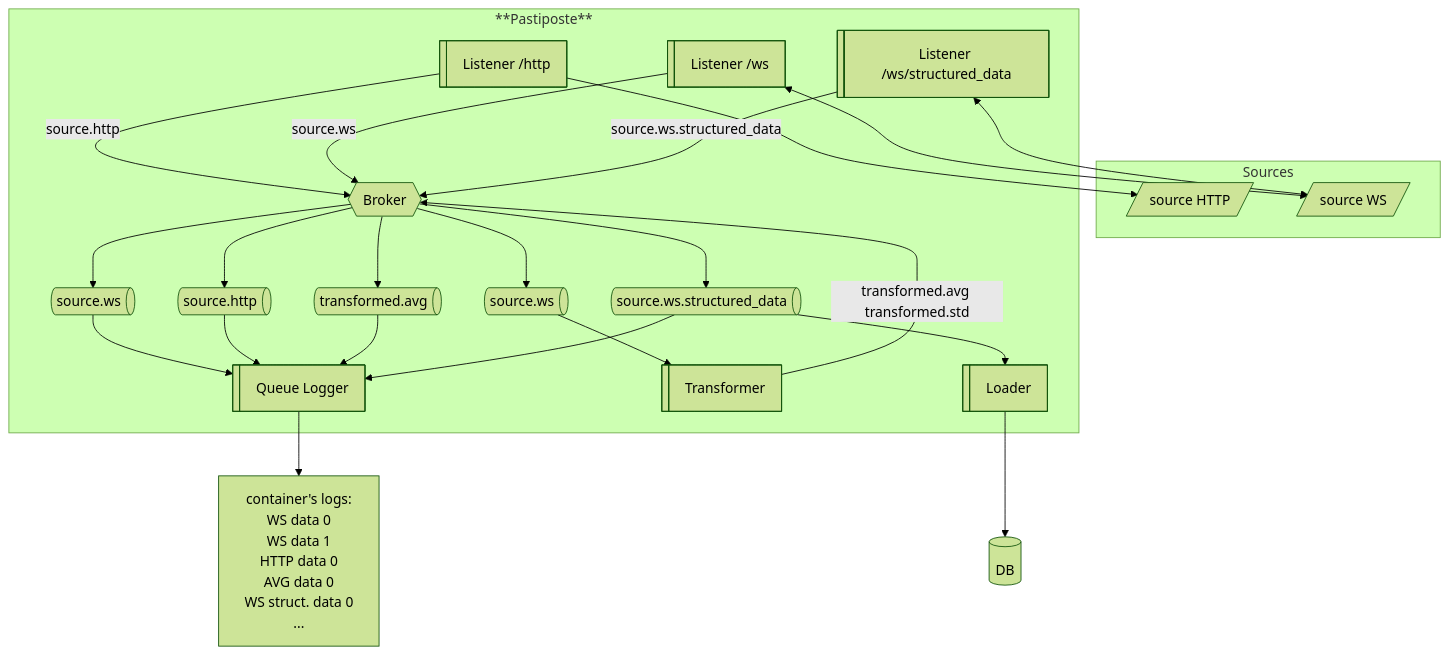
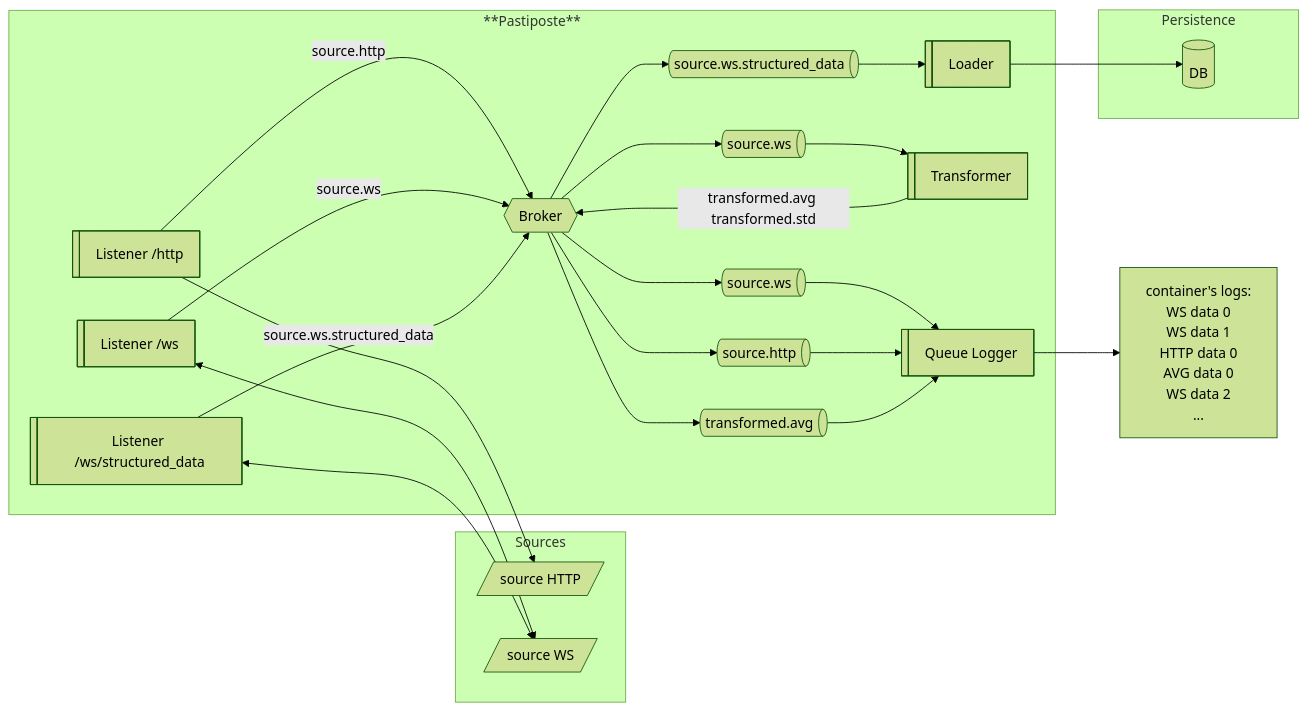
The first of 4 diagrams in README.md (lostipani/pastiposte), drawn with Mermaid (forest theme) before and after one commit. The commit also changed 4 other files, not shown here.

````diff
--- a/README.md
+++ b/README.md
@@ -18,39 +18,42 @@
 ```mermaid
-flowchart TD
+flowchart LR
   subgraph Sources
   sourceHTTP@{ shape: lean-r, label: "source HTTP" }
   sourceWS@{ shape: lean-r, label: "source WS" }
   end
 
   subgraph **Pastiposte**
   listenerHTTP@{ shape: lin-rect, label: "Listener /http" }
   listenerWS@{ shape: lin-rect, label: "Listener /ws" }
   listenerWSStruct@{ shape: lin-rect, label: "Listener /ws/structured_data" }
   listenerHTTP -->  sourceHTTP
   listenerWS <--> sourceWS
   listenerWSStruct <--> sourceWS
   listenerHTTP -- source.http --> broker@{ shape: hex, label: "Broker" }
   listenerWS -- source.ws --> broker@{ shape: hex, label: "Broker" }
   listenerWSStruct -- source.ws.structured_data --> broker@{ shape: hex, label: "Broker" }
 
   broker --> q1@{ shape: das, label: "source.ws" }
   broker --> q2@{ shape: das, label: "source.http" }
   broker --> q3@{ shape: das, label: "source.ws" }
   broker --> q5@{ shape: das, label: "source.ws.structured_data" }
   broker --> q4@{ shape: das, label: "transformed.avg" }
 
-  q1 & q2 & q4 & q5 --> QueueLogger@{ shape: lin-rect, label: "Queue Logger" }
+  q1 & q2 & q4 --> QueueLogger@{ shape: lin-rect, label: "Queue Logger" }
   q3 --> Transformer@{ shape: lin-rect, label: "Transformer" }
   Transformer -- transformed.avg transformed.std --> broker
   q5 --> Loader@{ shape: lin-rect, label: "Loader" }
   end
 
+  subgraph Persistence
   Loader --> DB@{ shape: db, label: "DB" }
+  end
+  
   QueueLogger --> log@{ shape: rect, label: "container's logs:
   WS data 0
   WS data 1
   HTTP data 0
   AVG data 0
-  WS struct. data 0
+  WS data 2
   ..." }
 ```
````
